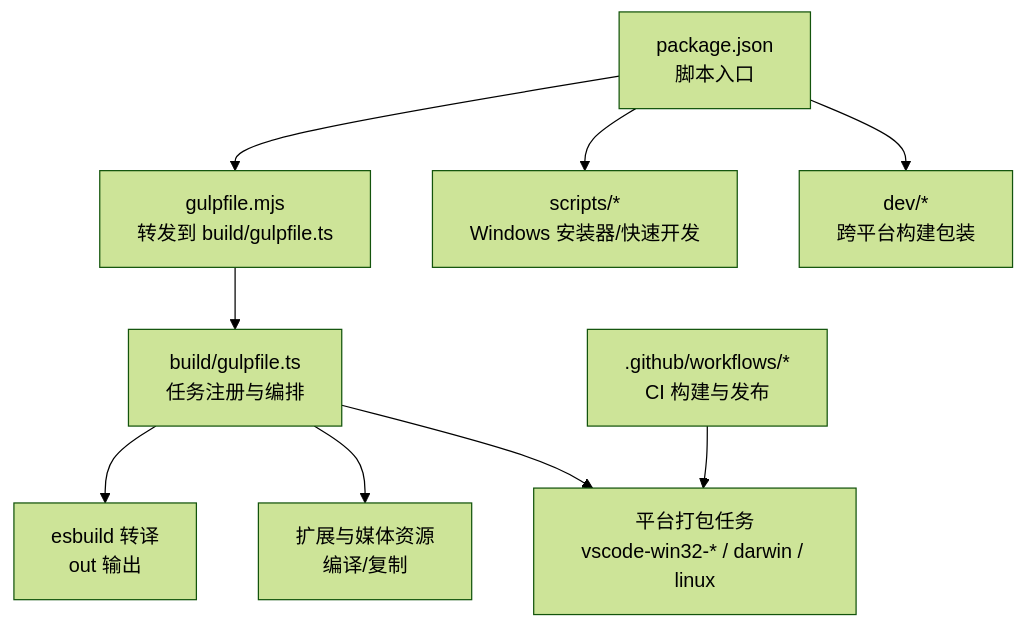
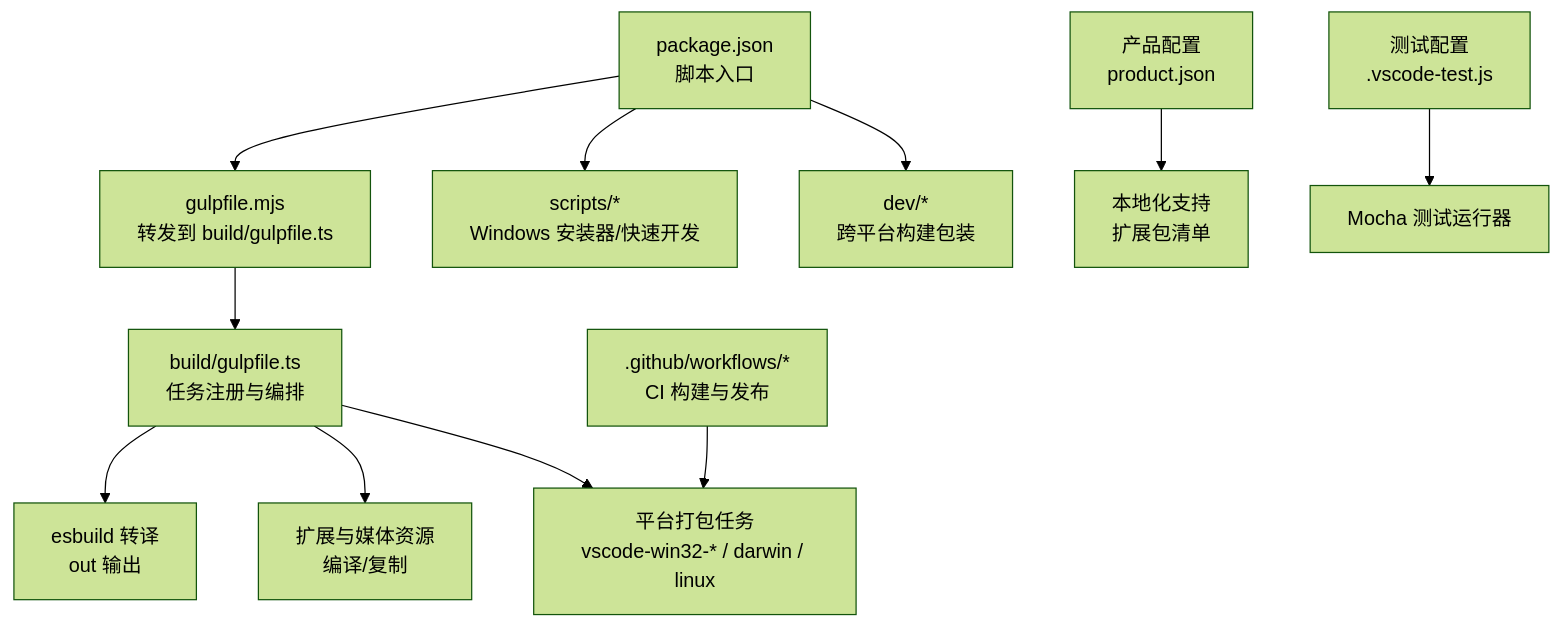
The first of 9 diagrams in .qoder/repowiki/zh/content/构建与部署/构建与部署.md (sofate798/KodrixCode), drawn with Mermaid (forest theme) before and after one commit. The commit also changed other lines of this file and 84 other files, not shown here.

````diff
--- a/.qoder/repowiki/zh/content/构建与部署/构建与部署.md
+++ b/.qoder/repowiki/zh/content/构建与部署/构建与部署.md
@@ -48,11 +60,13 @@
 ```mermaid
 graph TB
 A["package.json<br/>脚本入口"] --> B["gulpfile.mjs<br/>转发到 build/gulpfile.ts"]
 B --> C["build/gulpfile.ts<br/>任务注册与编排"]
 C --> D["esbuild 转译<br/>out 输出"]
 C --> E["扩展与媒体资源<br/>编译/复制"]
 C --> F["平台打包任务<br/>vscode-win32-* / darwin / linux"]
 A --> G["scripts/*<br/>Windows 安装器/快速开发"]
 A --> H["dev/*<br/>跨平台构建包装"]
 I[".github/workflows/*<br/>CI 构建与发布"] --> F
+J["产品配置<br/>product.json"] --> K["本地化支持<br/>扩展包清单"]
+L["测试配置<br/>.vscode-test.js"] --> M["Mocha 测试运行器"]
 ```
````
